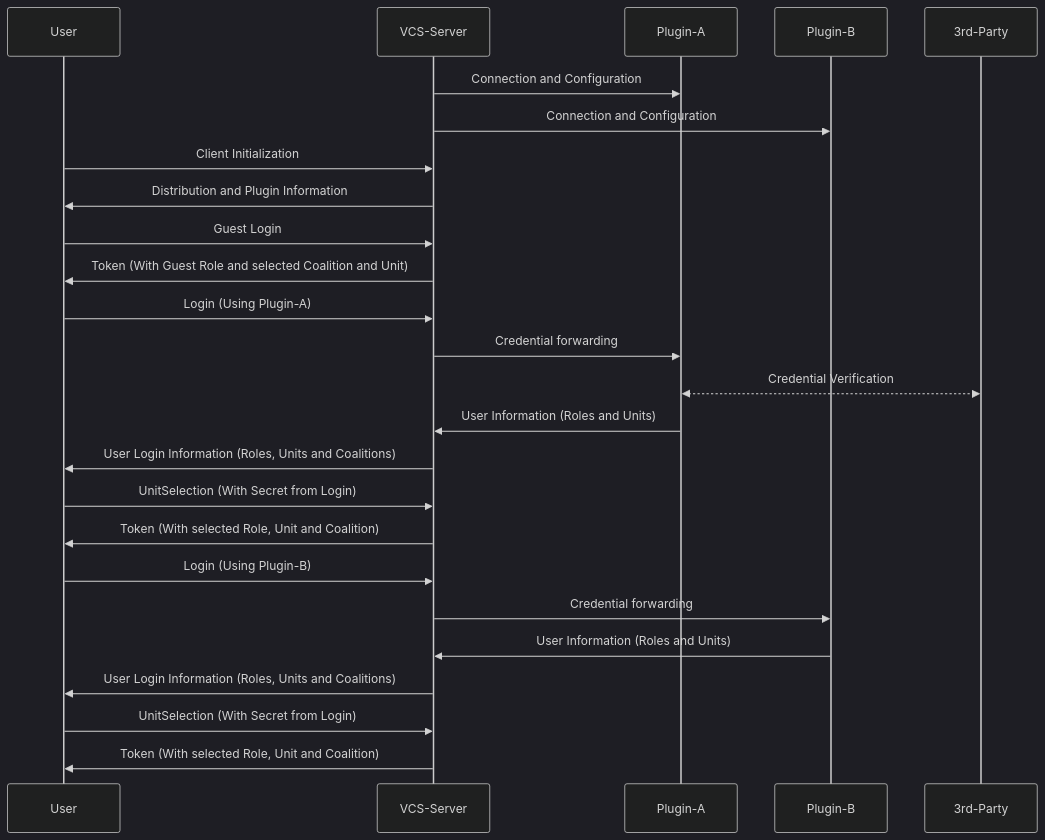
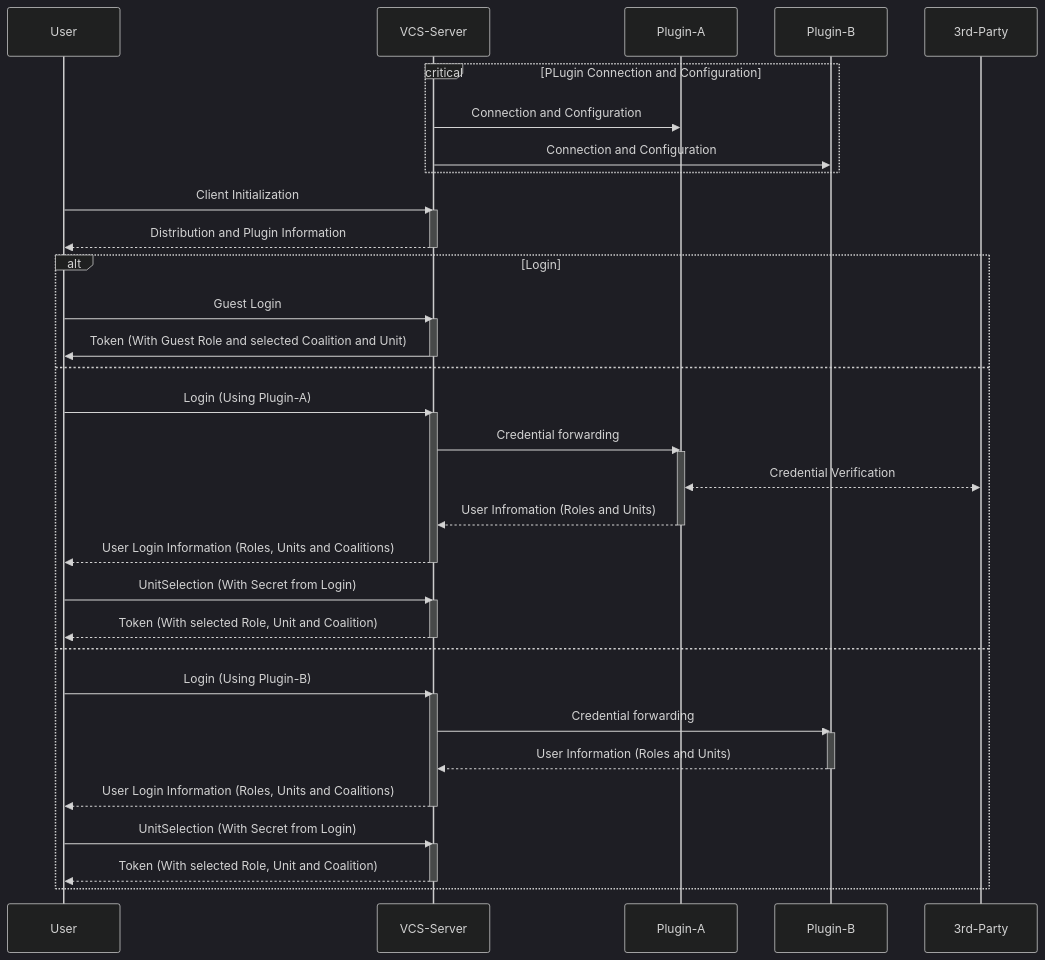
Before and after one commit to FPGSchiba/vcs-srs-server: the first of 5 diagrams in README.md, drawn with Mermaid (dark theme). The commit also changed other lines of this file, not shown here.

First line of the commit message:
feat: Update README with improved project details and diagram

````diff
--- a/README.md
+++ b/README.md
@@ -62,32 +112,52 @@
 ```mermaid
 sequenceDiagram
-    participant User
-    participant VCS-Server
-    participant Plugin-A
-    participant Plugin-B
-    participant 3rd-Party
+  participant User
+  participant VCS-Server
+  participant Plugin-A
+  participant Plugin-B
+  participant 3rd-Party
 
+  critical PLugin Connection and Configuration
     VCS-Server->>Plugin-A: Connection and Configuration
     VCS-Server->>Plugin-B: Connection and Configuration
+  end
 
-    User->>VCS-Server: Client Initialization
-    VCS-Server->>User: Distribution and Plugin Information
-    
+  User->>VCS-Server: Client Initialization
+  activate VCS-Server
+  VCS-Server-->>User: Distribution and Plugin Information
+  deactivate VCS-Server
+  
+  alt Login
     User->>VCS-Server: Guest Login
+    activate VCS-Server
     VCS-Server->>User: Token (With Guest Role and selected Coalition and Unit)
-
+    deactivate VCS-Server
+  else
     User->>VCS-Server: Login (Using Plugin-A)
+    activate VCS-Server
     VCS-Server->>Plugin-A: Credential forwarding
+    activate Plugin-A
     Plugin-A<<-->>3rd-Party: Credential Verification
-    Plugin-A->>VCS-Server: User Information (Roles and Units)
-    VCS-Server->>User: User Login Information (Roles, Units and Coalitions)
+    Plugin-A-->>VCS-Server: User Infromation (Roles and Units)
+    deactivate Plugin-A
+    VCS-Server-->>User: User Login Information (Roles, Units and Coalitions)
+    deactivate VCS-Server
     User->>VCS-Server: UnitSelection (With Secret from Login)
-    VCS-Server->>User: Token (With selected Role, Unit and Coalition)
-
+    activate VCS-Server
+    VCS-Server-->>User: Token (With selected Role, Unit and Coalition)
+    deactivate VCS-Server
+  else
     User->>VCS-Server: Login (Using Plugin-B)
+    activate VCS-Server
     VCS-Server->>Plugin-B: Credential forwarding
-    Plugin-B->>VCS-Server: User Information (Roles and Units)
-    VCS-Server->>User: User Login Information (Roles, Units and Coalitions)
+    activate Plugin-B
+    Plugin-B-->>VCS-Server: User Information (Roles and Units)
+    deactivate Plugin-B
+    VCS-Server-->>User: User Login Information (Roles, Units and Coalitions)
+    deactivate VCS-Server
     User->>VCS-Server: UnitSelection (With Secret from Login)
-    VCS-Server->>User: Token (With selected Role, Unit and Coalition)
+    activate VCS-Server
+    VCS-Server-->>User: Token (With selected Role, Unit and Coalition)
+    deactivate VCS-Server
+  end
 ```
````
